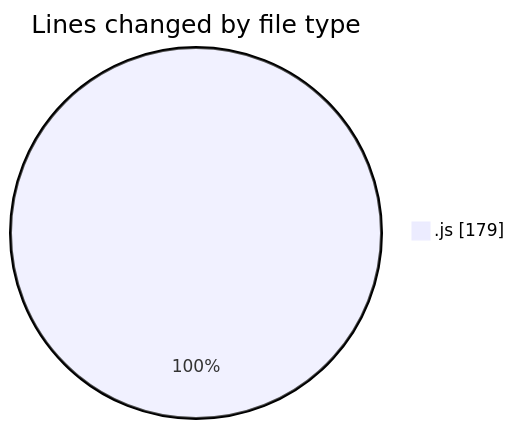
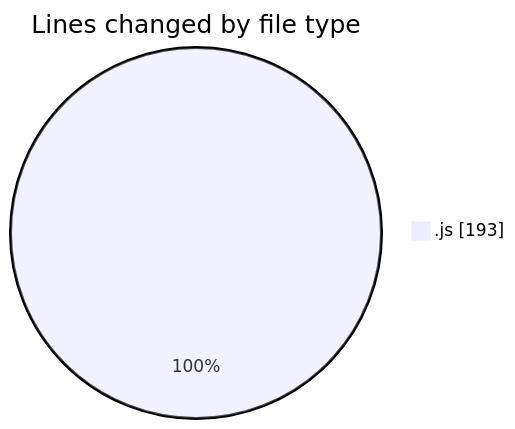
One commit to Ritupan-Deka/code-tracking changed the first of 2 diagrams in 2025-07-27/javascript/README.md. Above: the diagram before and after it, drawn with Mermaid. The commit also changed other lines of this file and 1 other file, not shown here.

````diff
--- a/2025-07-27/javascript/README.md
+++ b/2025-07-27/javascript/README.md
@@ -20,5 +20,5 @@
 ```mermaid
 pie showData
 title Lines changed by file type
-".js" : 179
+".js" : 193
 ```
````
